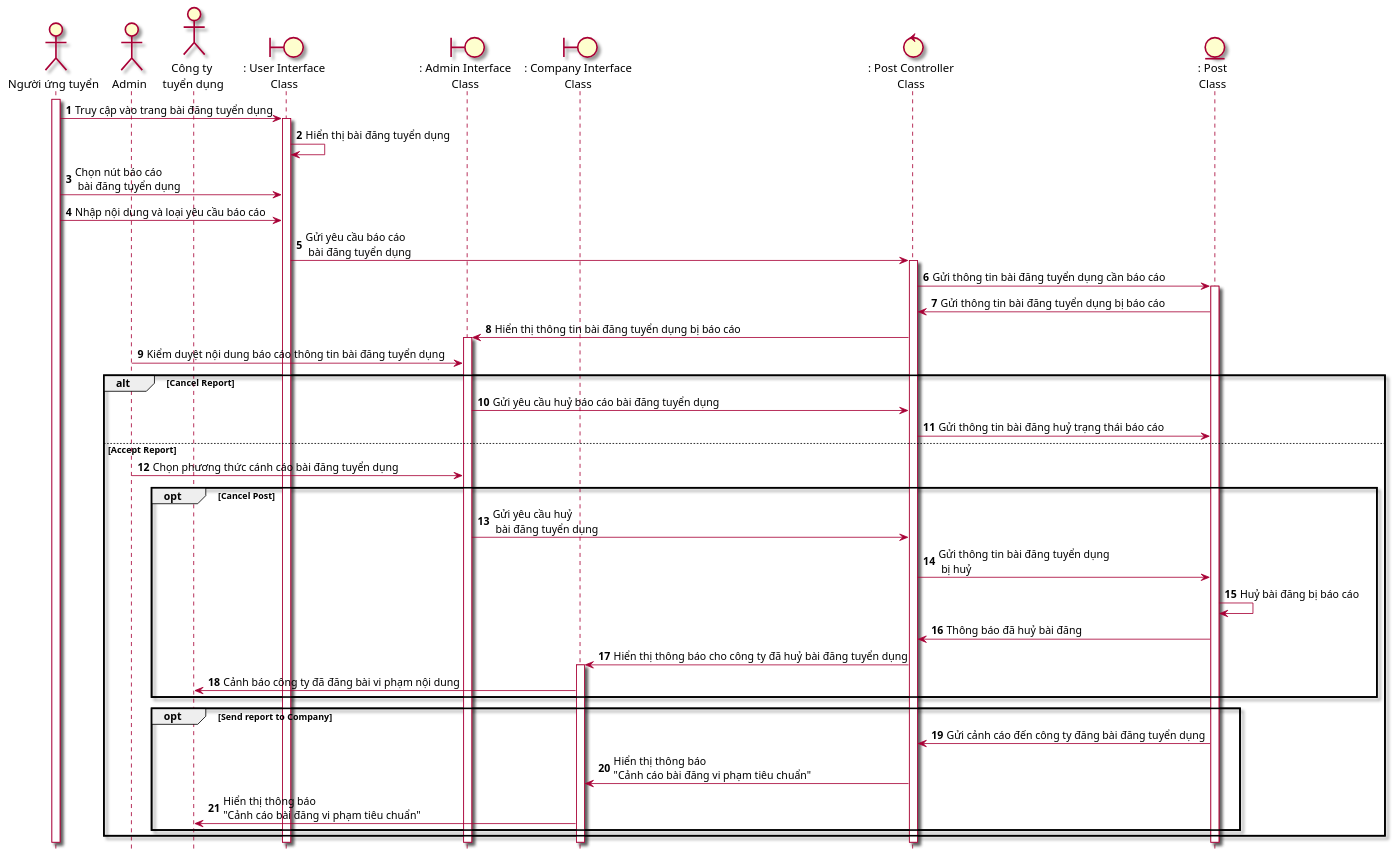
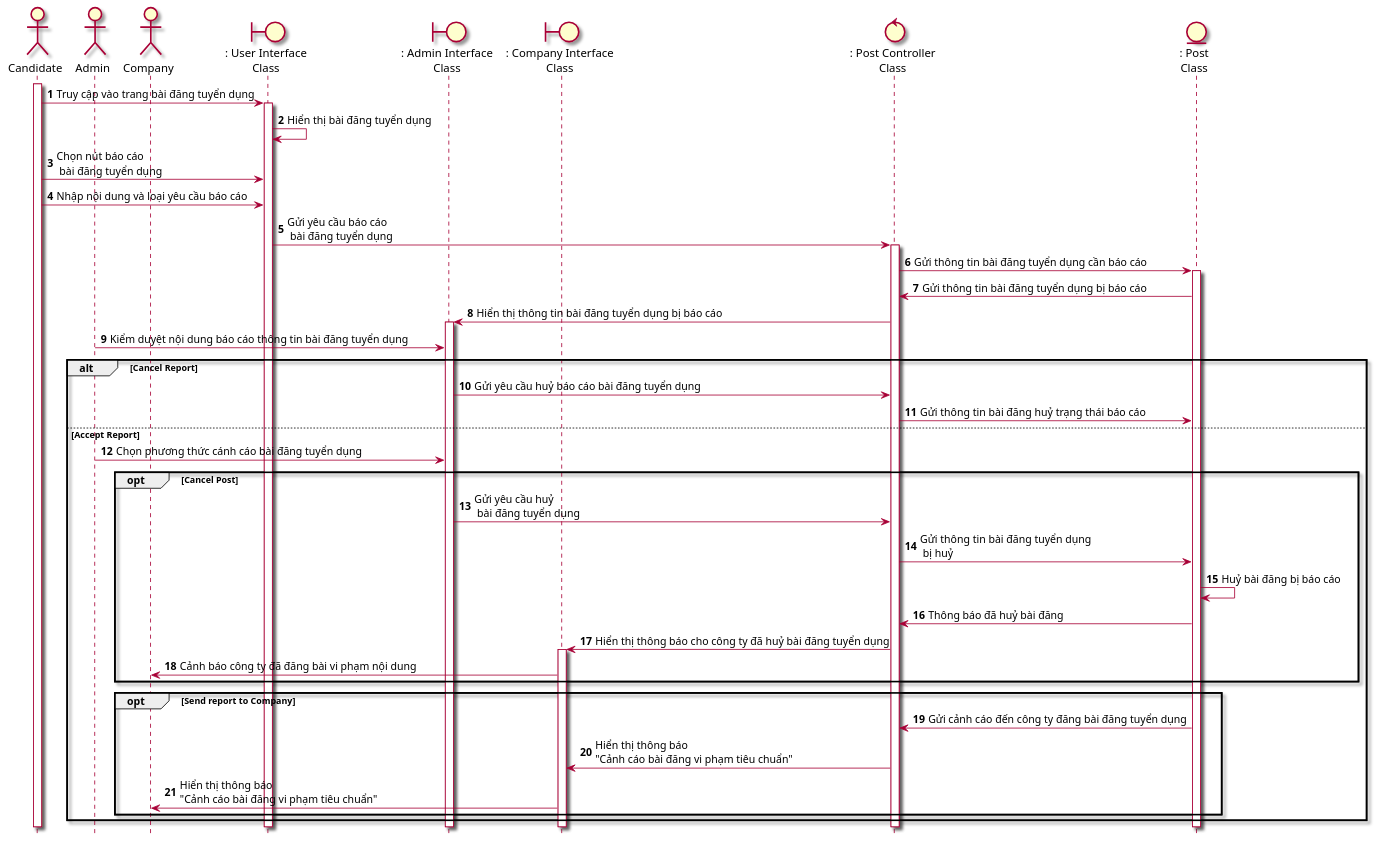
Before and after one commit to Griselda4774/EAS-EmploymentAssistanceSystem: the diagram in Lab1/Lab 1.2 Diagram/Sequence/FilePUML/4.1 SeqBaoCaoBaiDang.puml, drawn with PlantUML. The commit also changed 20 other files, not shown here.

```diff
--- a/Lab1/Lab 1.2 Diagram/Sequence/FilePUML/4.1 SeqBaoCaoBaiDang.puml
+++ b/Lab1/Lab 1.2 Diagram/Sequence/FilePUML/4.1 SeqBaoCaoBaiDang.puml
@@ -1,43 +1,43 @@
 @startuml SeqBaoCaoBaiDang
 hide footbox
 skin rose 
-actor nguoiUngTuyen as "Người ứng tuyển"
+actor candidate as "Candidate"
 actor admin as "Admin"
-actor congTy as "Công ty\n tuyển dụng"
+actor company as "Company"
 boundary userInterface as ": User Interface\nClass"
 boundary adminInterface as ": Admin Interface\nClass"
 boundary companyInterface as ": Company Interface\nClass"
 control postController as ": Post Controller\nClass"
 entity Post as ": Post\nClass"
-nguoiUngTuyen++
+candidate++
 autonumber
-nguoiUngTuyen-> userInterface++: Truy cập vào trang bài đăng tuyển dụng
+candidate-> userInterface++: Truy cập vào trang bài đăng tuyển dụng
 userInterface-> userInterface: Hiển thị bài đăng tuyển dụng
-nguoiUngTuyen-> userInterface: Chọn nút báo cáo\n bài đăng tuyển dụng
-nguoiUngTuyen-> userInterface: Nhập nội dung và loại yêu cầu báo cáo
+candidate-> userInterface: Chọn nút báo cáo\n bài đăng tuyển dụng
+candidate-> userInterface: Nhập nội dung và loại yêu cầu báo cáo
 userInterface-> postController++: Gửi yêu cầu báo cáo\n bài đăng tuyển dụng
 postController-> Post++: Gửi thông tin bài đăng tuyển dụng cần báo cáo
 Post -> postController: Gửi thông tin bài đăng tuyển dụng bị báo cáo
 postController-> adminInterface++: Hiển thị thông tin bài đăng tuyển dụng bị báo cáo
 admin -> adminInterface: Kiểm duyệt nội dung báo cáo thông tin bài đăng tuyển dụng
 alt Cancel Report
 adminInterface -> postController: Gửi yêu cầu huỷ báo cáo bài đăng tuyển dụng
 postController -> Post: Gửi thông tin bài đăng huỷ trạng thái báo cáo
 else Accept Report
 admin -> adminInterface: Chọn phương thức cánh cáo bài đăng tuyển dụng
 opt Cancel Post
 adminInterface -> postController: Gửi yêu cầu huỷ\n bài đăng tuyển dụng
 postController -> Post: Gửi thông tin bài đăng tuyển dụng\n bị huỷ
 Post->Post: Huỷ bài đăng bị báo cáo 
 Post->postController: Thông báo đã huỷ bài đăng
 postController-> companyInterface++: Hiển thị thông báo cho công ty đã huỷ bài đăng tuyển dụng
-companyInterface -> congTy: Cảnh báo công ty đã đăng bài vi phạm nội dung
+companyInterface -> company: Cảnh báo công ty đã đăng bài vi phạm nội dung
 end
 opt Send report to Company 
 Post -> postController: Gửi cảnh cáo đến công ty đăng bài đăng tuyển dụng
 postController -> companyInterface: Hiển thị thông báo \n"Cảnh cáo bài đăng vi phạm tiêu chuẩn"
-companyInterface -> congTy: Hiển thị thông báo \n"Cảnh cáo bài đăng vi phạm tiêu chuẩn"
+companyInterface -> company: Hiển thị thông báo \n"Cảnh cáo bài đăng vi phạm tiêu chuẩn"
 
 end
 end
 @enduml
```
